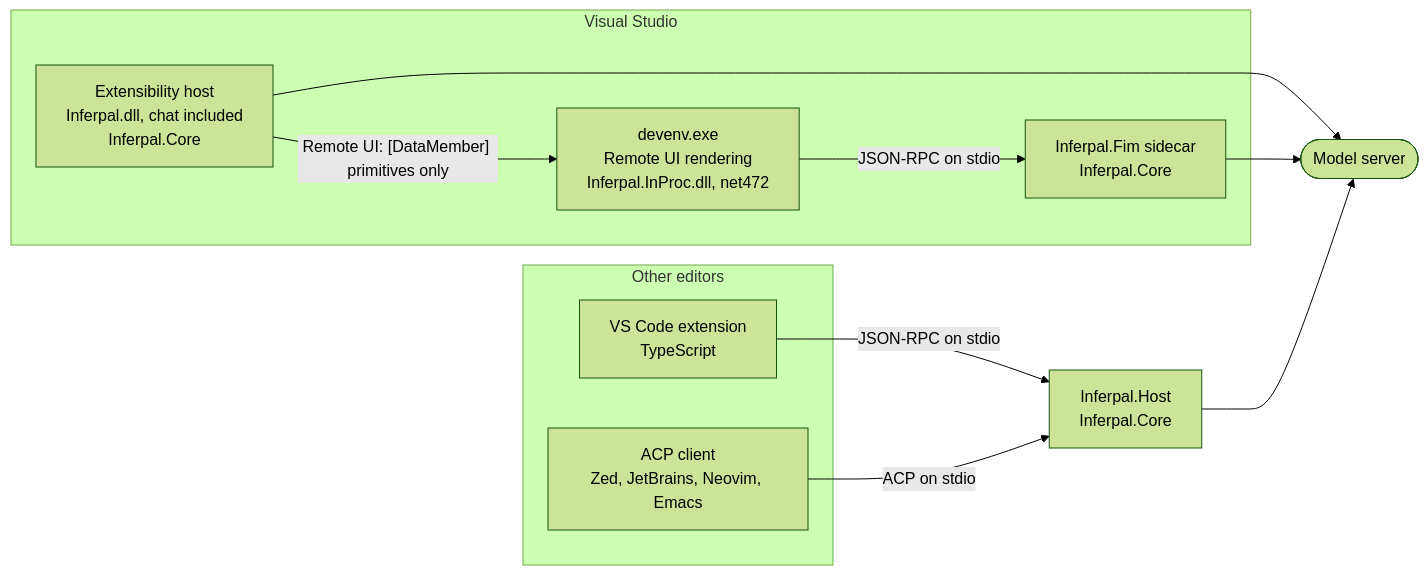
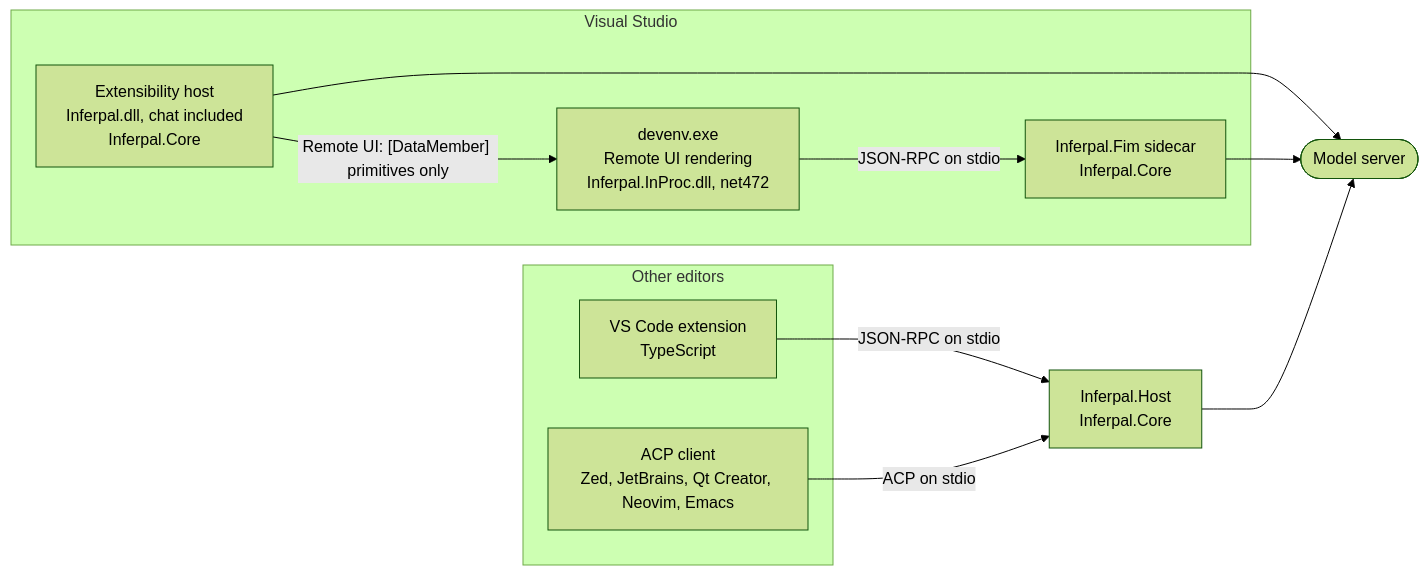
The first of 2 diagrams in docs/architecture.md (EstaxNet/Inferpal), drawn with Mermaid (forest theme) before and after one commit. The commit also changed other lines of this file and 19 other files, not shown here.

````diff
--- a/docs/architecture.md
+++ b/docs/architecture.md
@@ -7,21 +7,21 @@
 ```mermaid
 flowchart LR
     subgraph vs["Visual Studio"]
         dev["devenv.exe<br/>Remote UI rendering<br/>Inferpal.InProc.dll, net472"]
         ext["Extensibility host<br/>Inferpal.dll, chat included<br/>Inferpal.Core"]
         fim["Inferpal.Fim sidecar<br/>Inferpal.Core"]
     end
     subgraph others["Other editors"]
         code["VS Code extension<br/>TypeScript"]
-        acp["ACP client<br/>Zed, JetBrains, Neovim, Emacs"]
+        acp["ACP client<br/>Zed, JetBrains, Qt Creator, Neovim, Emacs"]
     end
     host["Inferpal.Host<br/>Inferpal.Core"]
     model(["Model server"])
     ext -- "Remote UI: [DataMember] primitives only" --> dev
     dev -- "JSON-RPC on stdio" --> fim
     code -- "JSON-RPC on stdio" --> host
     acp -- "ACP on stdio" --> host
     ext --> model
     fim --> model
     host --> model
 ```
````
